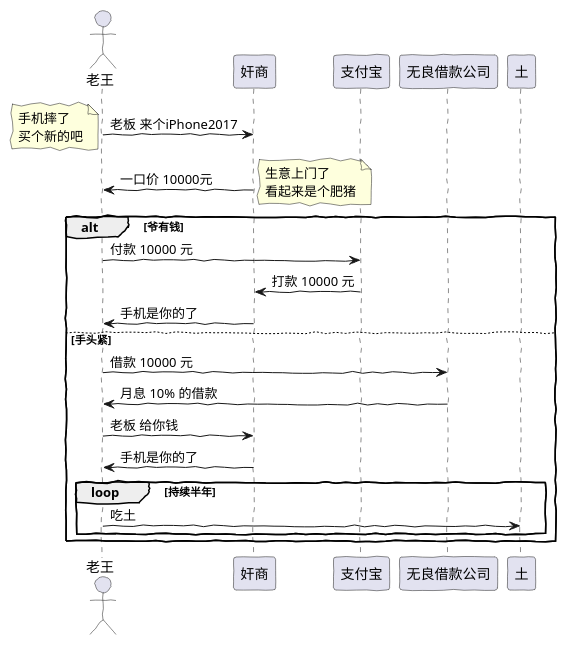
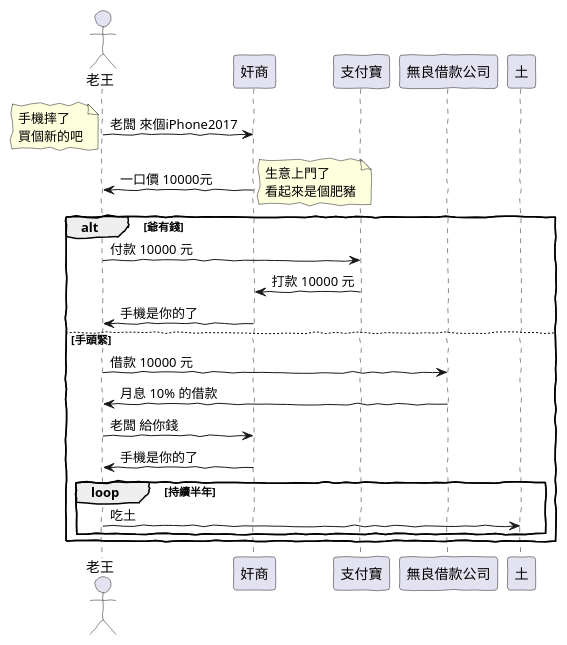
Before and after one commit to feiskyer/kubernetes-handbook: the diagram in examples/PlantUML/sequence.puml, drawn with PlantUML. The commit also changed 199 other files, not shown here.

```diff
--- a/examples/PlantUML/sequence.puml
+++ b/examples/PlantUML/sequence.puml
@@ -1,31 +1,31 @@
 @startuml
 
 skinparam handwritten true
 
 actor 老王 as Wang
 participant 奸商 as js
-participant 支付宝 as alipay
-participant 无良借款公司 as debit
+participant 支付寶 as alipay
+participant 無良借款公司 as debit
 participant 土 as dust
 
-Wang -> js: 老板 来个iPhone2017
-note left: 手机摔了\n买个新的吧
+Wang -> js: 老闆 來個iPhone2017
+note left: 手機摔了\n買個新的吧
 
-js -> Wang: 一口价 10000元
-note right: 生意上门了\n看起来是个肥猪
+js -> Wang: 一口價 10000元
+note right: 生意上門了\n看起來是個肥豬
 
-alt 爷有钱
+alt 爺有錢
     Wang -> alipay: 付款 10000 元
     alipay -> js: 打款 10000 元
-    js -> Wang: 手机是你的了
-else 手头紧
+    js -> Wang: 手機是你的了
+else 手頭緊
     Wang -> debit: 借款 10000 元
     debit -> Wang: 月息 10% 的借款
-    Wang -> js: 老板 给你钱
-    js -> Wang: 手机是你的了
-    loop 持续半年
+    Wang -> js: 老闆 給你錢
+    js -> Wang: 手機是你的了
+    loop 持續半年
         Wang -> dust: 吃土
     end
 end
 
 @enduml
```
